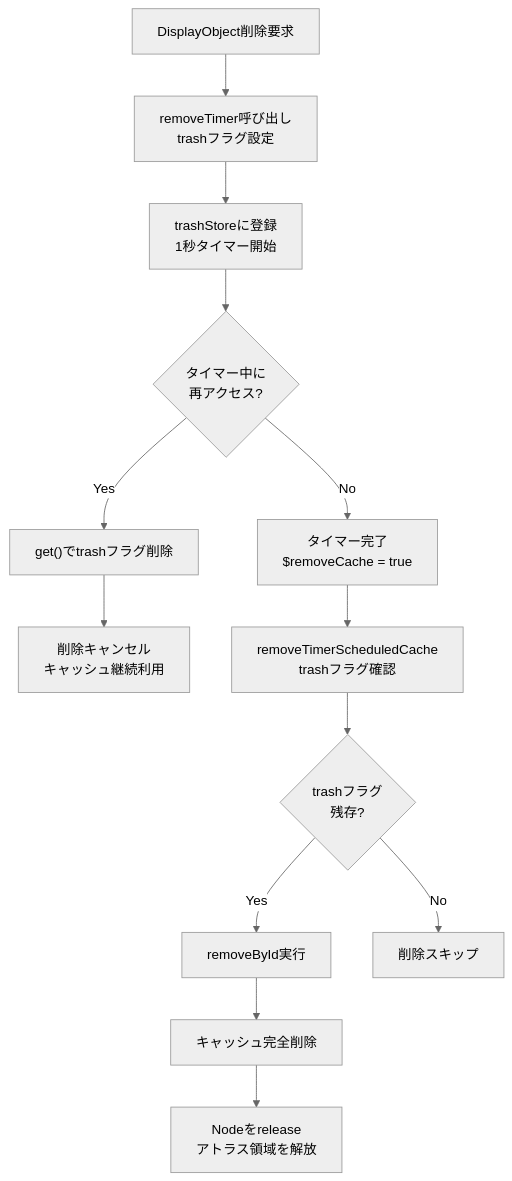
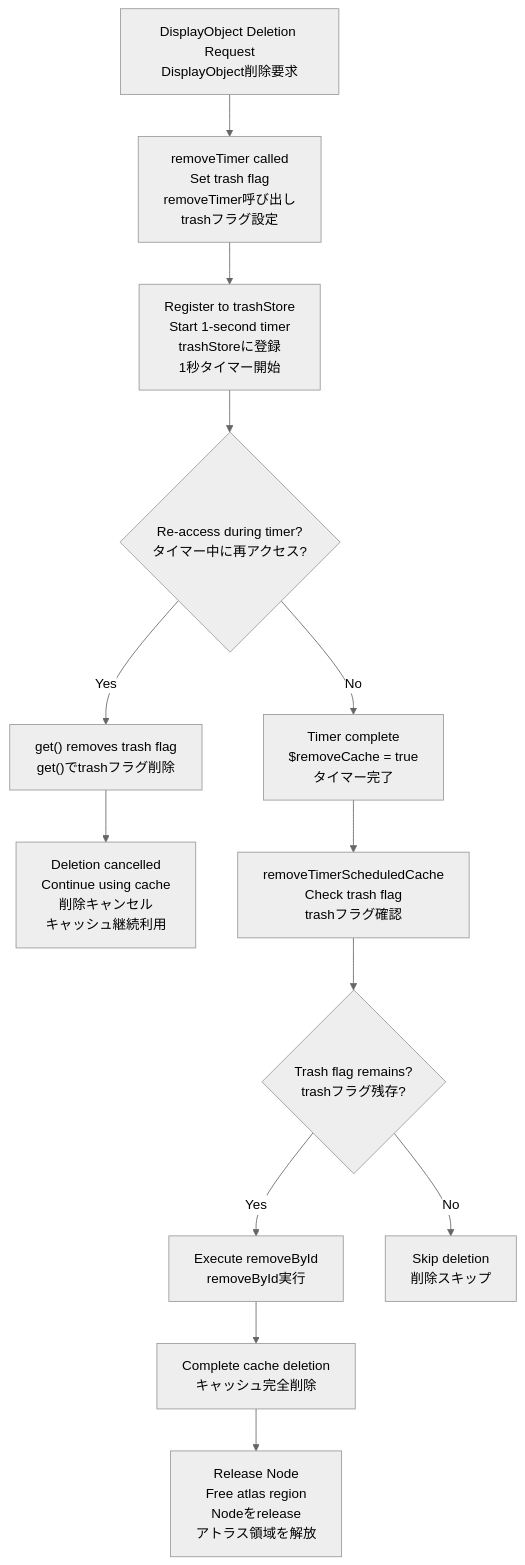
One commit to Next2D/player changed the fourth of 5 diagrams in packages/cache/README.md. Above: the diagram before and after it, drawn with Mermaid (neutral theme). The commit also changed other lines of this file, not shown here.

````diff
--- a/packages/cache/README.md
+++ b/packages/cache/README.md
@@ -128,17 +142,17 @@
 ```mermaid
 flowchart TD
-    H[DisplayObject削除要求] --> I["removeTimer呼び出し<br/>trashフラグ設定"]
-    I --> J["trashStoreに登録<br/>1秒タイマー開始"]
-    J --> K{タイマー中に<br/>再アクセス?}
+    H[DisplayObject Deletion Request<br/>DisplayObject削除要求] --> I["removeTimer called<br/>Set trash flag<br/>removeTimer呼び出し<br/>trashフラグ設定"]
+    I --> J["Register to trashStore<br/>Start 1-second timer<br/>trashStoreに登録<br/>1秒タイマー開始"]
+    J --> K{Re-access during timer?<br/>タイマー中に再アクセス?}
 
-    K -->|Yes| L["get()でtrashフラグ削除"]
-    L --> M[削除キャンセル<br/>キャッシュ継続利用]
+    K -->|Yes| L["get() removes trash flag<br/>get()でtrashフラグ削除"]
+    L --> M[Deletion cancelled<br/>Continue using cache<br/>削除キャンセル<br/>キャッシュ継続利用]
 
-    K -->|No| N["タイマー完了<br/>$removeCache = true"]
-    N --> O["removeTimerScheduledCache<br/>trashフラグ確認"]
-    O --> P{trashフラグ<br/>残存?}
-    P -->|Yes| Q[removeById実行]
-    Q --> R[キャッシュ完全削除]
-    R --> S[Nodeをrelease<br/>アトラス領域を解放]
-    P -->|No| T[削除スキップ]
+    K -->|No| N["Timer complete<br/>$removeCache = true<br/>タイマー完了"]
+    N --> O["removeTimerScheduledCache<br/>Check trash flag<br/>trashフラグ確認"]
+    O --> P{Trash flag remains?<br/>trashフラグ残存?}
+    P -->|Yes| Q[Execute removeById<br/>removeById実行]
+    Q --> R[Complete cache deletion<br/>キャッシュ完全削除]
+    R --> S[Release Node<br/>Free atlas region<br/>Nodeをrelease<br/>アトラス領域を解放]
+    P -->|No| T[Skip deletion<br/>削除スキップ]
 ```
````
